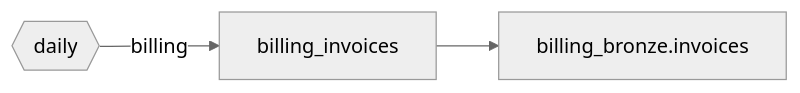
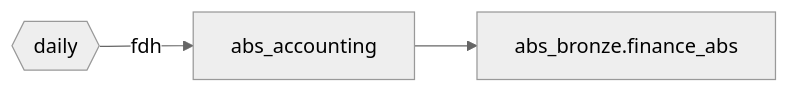
Before and after one commit to NitinKeshavB/framework: the diagram in framework_ingestion/SOURCE_MAP.md, drawn with Mermaid (neutral theme). The commit also changed other lines of this file and 67 other files, not shown here.

````diff
--- a/framework_ingestion/SOURCE_MAP.md
+++ b/framework_ingestion/SOURCE_MAP.md
@@ -27,6 +25,6 @@
 ```mermaid
 flowchart LR
-  billing_daily{{daily}}
-  billing_daily -->|billing| billing_invoices[billing_invoices]
-  billing_invoices --> billing_bronze_invoices[billing_bronze.invoices]
+  abs_daily{{daily}}
+  abs_daily -->|fdh| abs_accounting[abs_accounting]
+  abs_accounting --> abs_bronze_finance_abs[abs_bronze.finance_abs]
 ```
````
